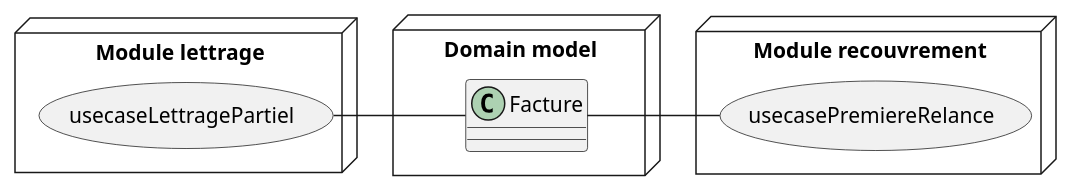
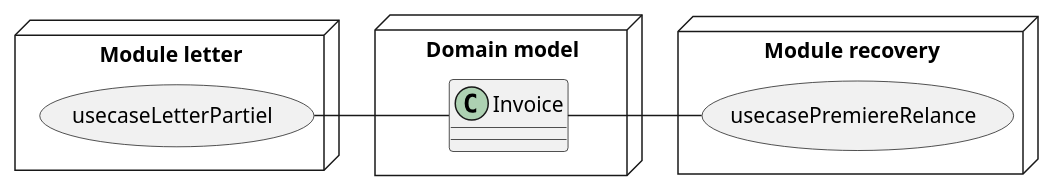
Before and after one commit to t4w4n3/articles-again: the first of 2 diagrams in java17.adoc, drawn with PlantUML. The commit also changed other lines of this file, not shown here.

```diff
--- a/java17.adoc
+++ b/java17.adoc
@@ -54,21 +55,21 @@
-[plantuml,Modèle du domain Facture,png]
+[plantuml,Modèle du domain Invoice,png]
 ----
 @startuml
 allow_mixing
 
 node "Domain model" {
-	class Facture
+	class Invoice
 }
 
-node "Module lettrage" {
-	usecase usecaseLettragePartiel
-	usecaseLettragePartiel - Facture
+node "Module letter" {
+	usecase usecaseLetterPartiel
+	usecaseLetterPartiel - Invoice
 }
 
-node "Module recouvrement" {
+node "Module recovery" {
 	usecase usecasePremiereRelance
-	usecasePremiereRelance - Facture
+	usecasePremiereRelance - Invoice
 }
 
 @enduml
 ----
```
